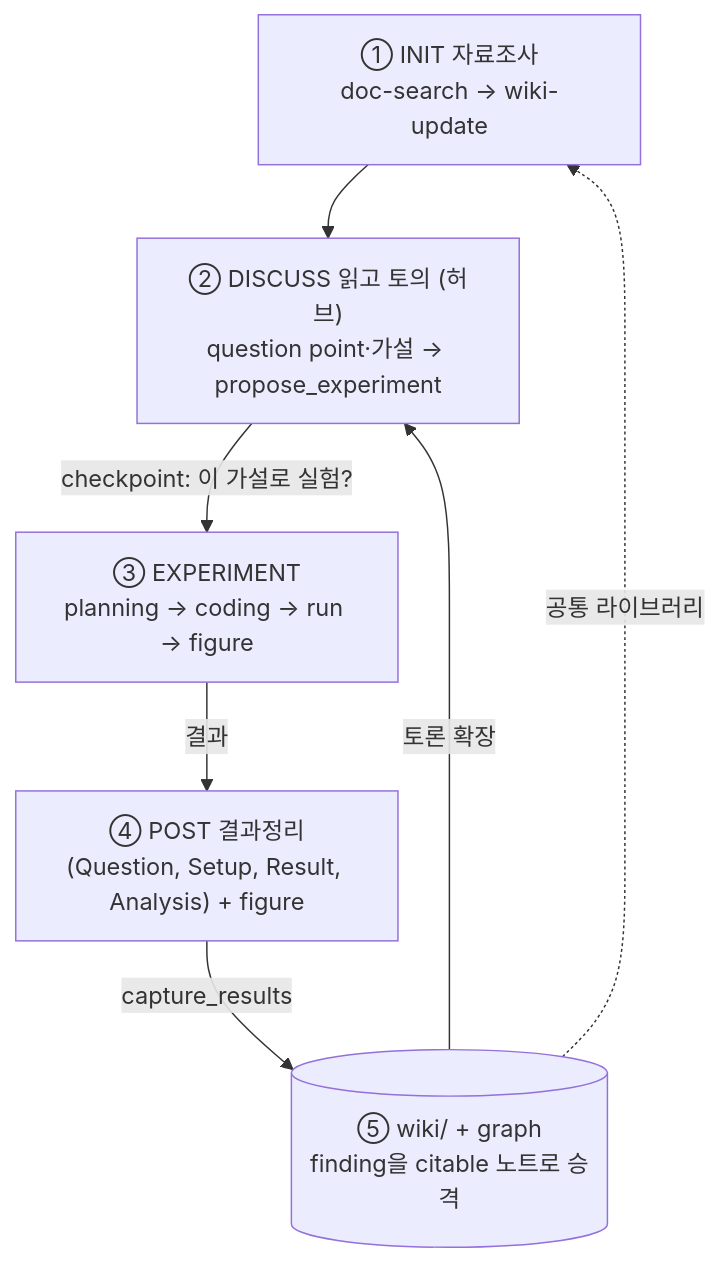
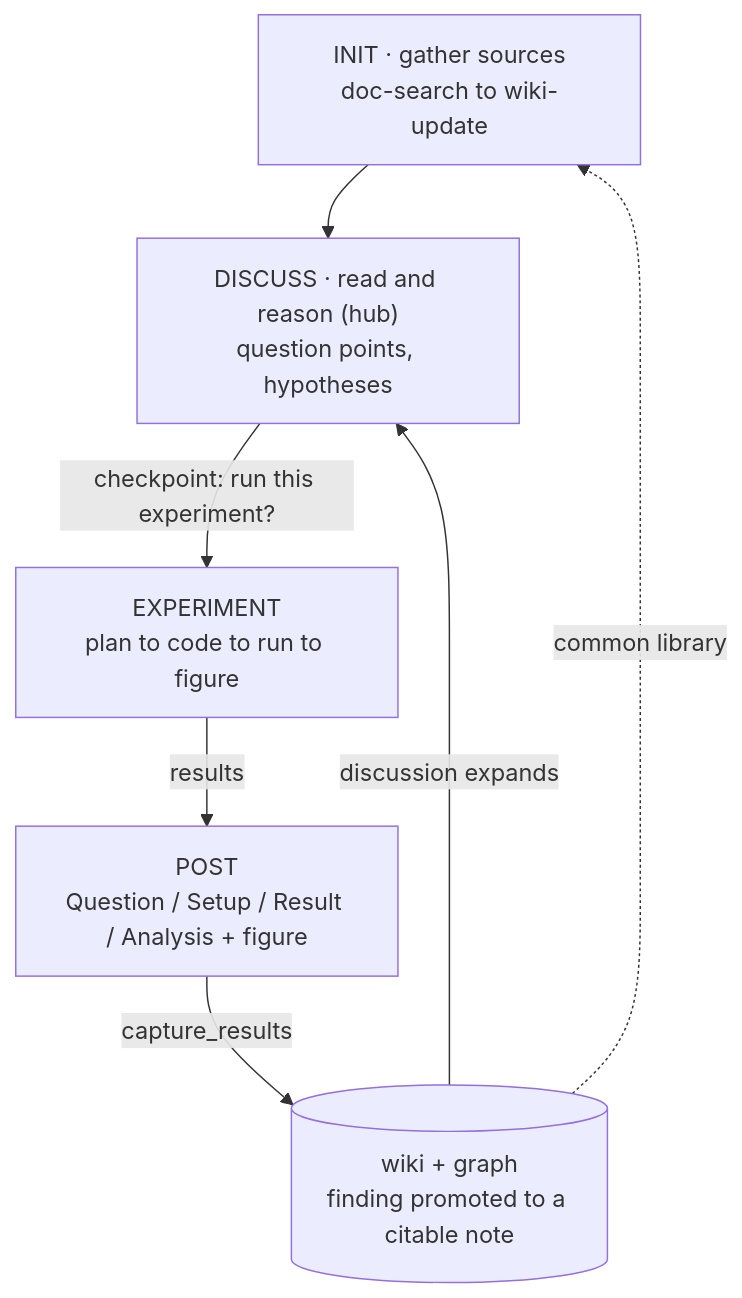
Before and after one commit to JiHyuk-Byun/research-llm: the first of 9 diagrams in docs/research-agent-architecture.md, drawn with Mermaid. The commit also changed other lines of this file, not shown here.

First line of the commit message:
docs: rewrite architecture report in English, focused on agent building blocks

````diff
--- a/docs/research-agent-architecture.md
+++ b/docs/research-agent-architecture.md
@@ -163,10 +27,10 @@
 ```mermaid
 flowchart TD
-    INIT["① INIT 자료조사<br/>doc-search → wiki-update"] --> DISCUSS
-    DISCUSS["② DISCUSS 읽고 토의 (허브)<br/>question point·가설 → propose_experiment"]
-    DISCUSS -->|"checkpoint: 이 가설로 실험?"| EXP["③ EXPERIMENT<br/>planning → coding → run → figure"]
-    EXP -->|"결과"| POST["④ POST 결과정리<br/>(Question, Setup, Result, Analysis) + figure"]
-    POST -->|"capture_results"| WIKI[("⑤ wiki/ + graph<br/>finding을 citable 노트로 승격")]
-    WIKI -->|"토론 확장"| DISCUSS
-    WIKI -.->|"공통 라이브러리"| INIT
+    INIT["INIT · gather sources<br/>doc-search to wiki-update"] --> DISCUSS
+    DISCUSS["DISCUSS · read and reason (hub)<br/>question points, hypotheses"]
+    DISCUSS -->|"checkpoint: run this experiment?"| EXP["EXPERIMENT<br/>plan to code to run to figure"]
+    EXP -->|"results"| POST["POST<br/>Question / Setup / Result / Analysis + figure"]
+    POST -->|"capture_results"| WIKI[("wiki + graph<br/>finding promoted to a citable note")]
+    WIKI -->|"discussion expands"| DISCUSS
+    WIKI -.->|"common library"| INIT
 ```
````
